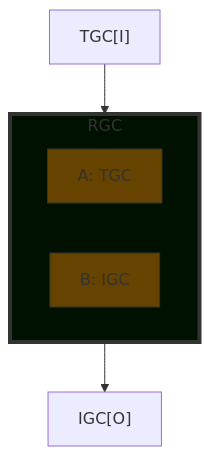
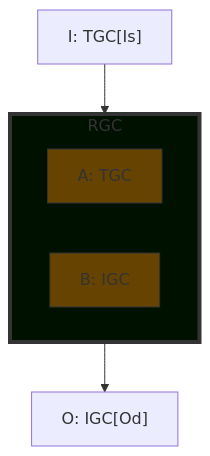
The second of 6 diagrams in egppy/egppy/physics/docs/insertion.md (Shapedsundew9/erasmus-gp), drawn with Mermaid before and after one commit. The commit also changed other lines of this file and 18 other files, not shown here.

First line of the commit message:
WIP: Refactor genetic code connection graph and insertion logic

````diff
--- a/egppy/egppy/physics/docs/insertion.md
+++ b/egppy/egppy/physics/docs/insertion.md
@@ -81,21 +75,21 @@
 ```mermaid
 %% Insertion Case 1: Inverse Stack
 flowchart TB
-    I["TGC[I]"]
+    I["I: TGC[Is]"]
     subgraph RGC
-        direction RL
+        direction LR
         GCA["A: TGC"]
         GCB["B: IGC"]
     end
-    O["IGC[O]"]
+    O["O: IGC[Od]"]
     I --> RGC --> O
 
 classDef newGC fill:#010,stroke:#333,stroke-width:4px
 classDef newRow fill:#010,stroke:#333,stroke-width:1px
 classDef modified fill:#640,stroke:#333,stroke-width:1px
 classDef unchanged fill:#000,stroke:#333,stroke-width:1px
 
 class RGC newGC
 class GCA modified
 class GCB modified
 ```
````
